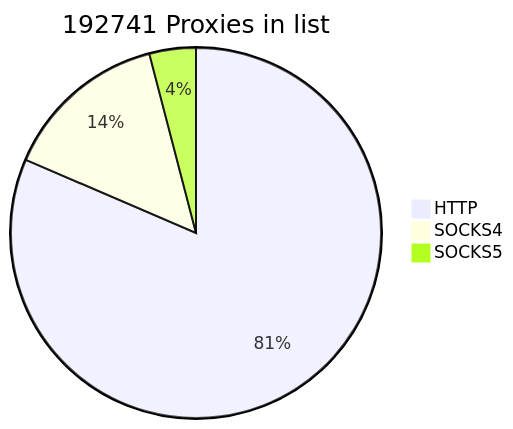
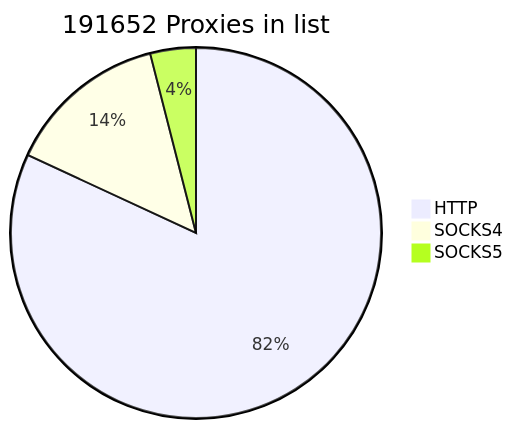
The first of 2 diagrams in README.md (cutipu/proxylist), drawn with Mermaid before and after one commit. The commit also changed other lines of this file, not shown here.

````diff
--- a/README.md
+++ b/README.md
@@ -2,7 +2,7 @@
 ```mermaid
-pie title 192741 Proxies in list
-    "HTTP" : 157008
-    "SOCKS4" : 27916
-    "SOCKS5" : 7817
+pie title 191652 Proxies in list
+    "HTTP" : 156983
+    "SOCKS4" : 27040
+    "SOCKS5" : 7629
             
 ```
````
